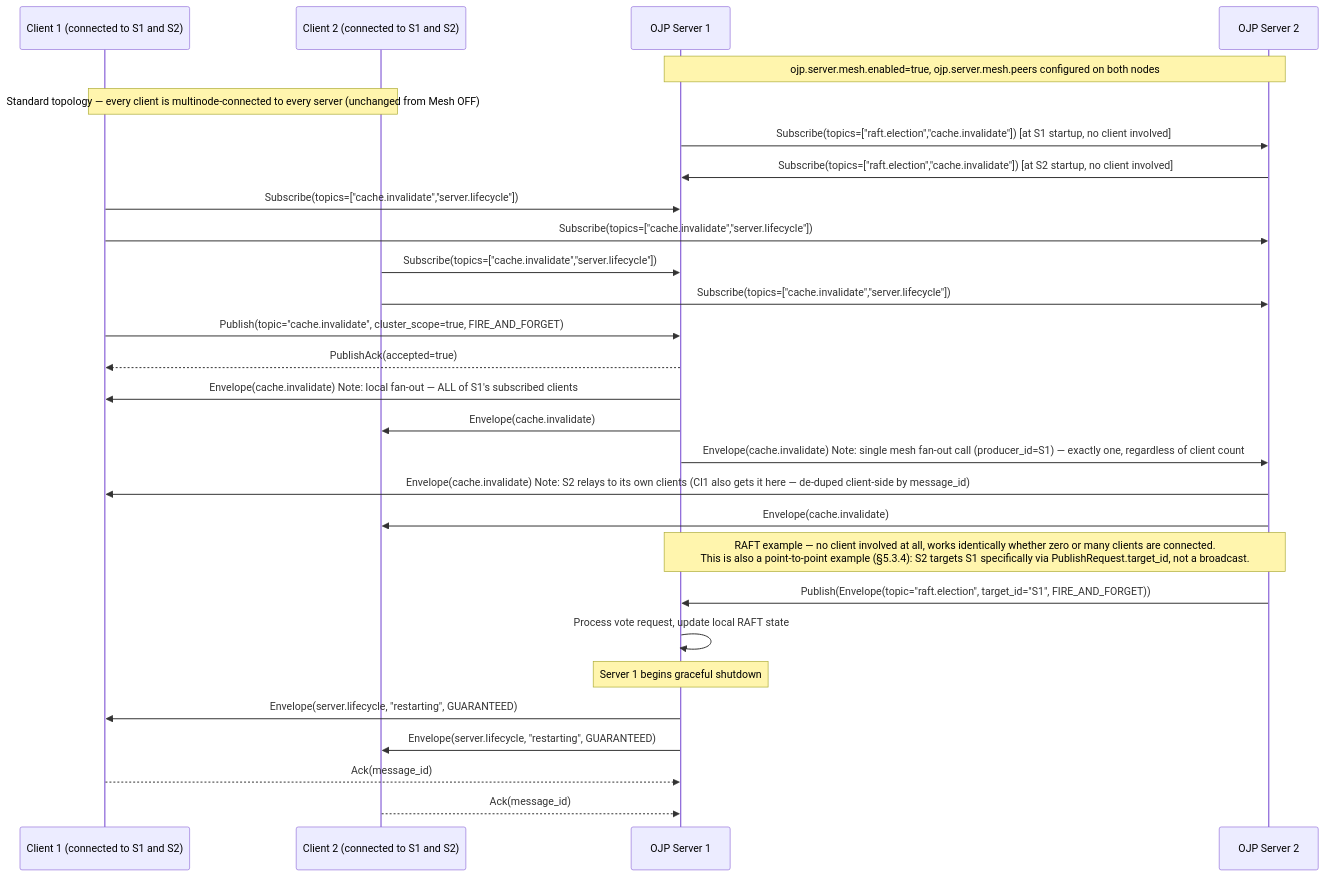
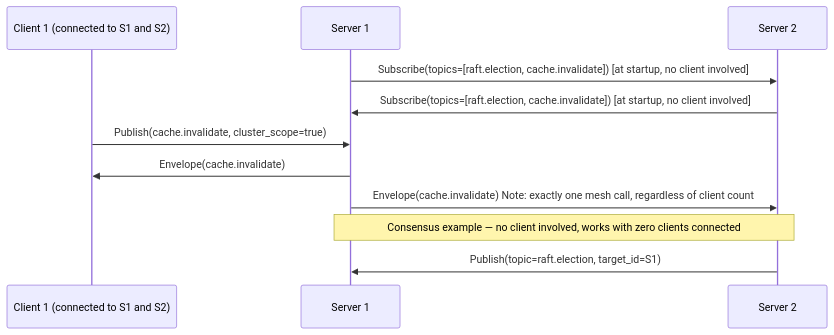
One commit to Open-JDBC-Proxy/ojp changed the fourth of 4 diagrams in documents/analysis/OJP_MESSAGING_PROTOCOL_ANALYSIS.md. Above: the diagram before and after it, drawn with Mermaid. The commit also changed other lines of this file and 2 other files, not shown here.

Commit message:
Rewrite messaging/consensus analysis docs: concise, current-state, client-relay reliability

````diff
--- a/documents/analysis/OJP_MESSAGING_PROTOCOL_ANALYSIS.md
+++ b/documents/analysis/OJP_MESSAGING_PROTOCOL_ANALYSIS.md
@@ -1118,36 +420,16 @@
 ```mermaid
 sequenceDiagram
     participant Cl1 as Client 1 (connected to S1 and S2)
-    participant Cl2 as Client 2 (connected to S1 and S2)
-    participant S1 as OJP Server 1
-    participant S2 as OJP Server 2
+    participant S1 as Server 1
+    participant S2 as Server 2
 
-    Note over S1,S2: ojp.server.mesh.enabled=true, ojp.server.mesh.peers configured on both nodes
-    Note over Cl1,Cl2: Standard topology — every client is multinode-connected to every server (unchanged from Mesh OFF)
+    S1->>S2: Subscribe(topics=[raft.election, cache.invalidate]) [at startup, no client involved]
+    S2->>S1: Subscribe(topics=[raft.election, cache.invalidate]) [at startup, no client involved]
 
-    S1->>S2: Subscribe(topics=["raft.election","cache.invalidate"]) [at S1 startup, no client involved]
-    S2->>S1: Subscribe(topics=["raft.election","cache.invalidate"]) [at S2 startup, no client involved]
+    Cl1->>S1: Publish(cache.invalidate, cluster_scope=true)
+    S1->>Cl1: Envelope(cache.invalidate)
+    S1->>S2: Envelope(cache.invalidate)  Note: exactly one mesh call, regardless of client count
 
-    Cl1->>S1: Subscribe(topics=["cache.invalidate","server.lifecycle"])
-    Cl1->>S2: Subscribe(topics=["cache.invalidate","server.lifecycle"])
-    Cl2->>S1: Subscribe(topics=["cache.invalidate","server.lifecycle"])
-    Cl2->>S2: Subscribe(topics=["cache.invalidate","server.lifecycle"])
-
-    Cl1->>S1: Publish(topic="cache.invalidate", cluster_scope=true, FIRE_AND_FORGET)
-    S1-->>Cl1: PublishAck(accepted=true)
-    S1->>Cl1: Envelope(cache.invalidate)  Note: local fan-out — ALL of S1's subscribed clients
-    S1->>Cl2: Envelope(cache.invalidate)
-    S1->>S2: Envelope(cache.invalidate)  Note: single mesh fan-out call (producer_id=S1) — exactly one, regardless of client count
-    S2->>Cl1: Envelope(cache.invalidate)   Note: S2 relays to its own clients (Cl1 also gets it here — de-duped client-side by message_id)
-    S2->>Cl2: Envelope(cache.invalidate)
-
-    Note over S1,S2: RAFT example — no client involved at all, works identically whether zero or many clients are connected.<br/>This is also a point-to-point example (§5.3.4): S2 targets S1 specifically via PublishRequest.target_id, not a broadcast.
-    S2->>S1: Publish(Envelope(topic="raft.election", target_id="S1", FIRE_AND_FORGET))
-    S1->>S1: Process vote request, update local RAFT state
-
-    Note over S1: Server 1 begins graceful shutdown
-    S1->>Cl1: Envelope(server.lifecycle, "restarting", GUARANTEED)
-    S1->>Cl2: Envelope(server.lifecycle, "restarting", GUARANTEED)
-    Cl1-->>S1: Ack(message_id)
-    Cl2-->>S1: Ack(message_id)
+    Note over S1,S2: Consensus example — no client involved, works with zero clients connected
+    S2->>S1: Publish(topic=raft.election, target_id=S1)
 ```
````
